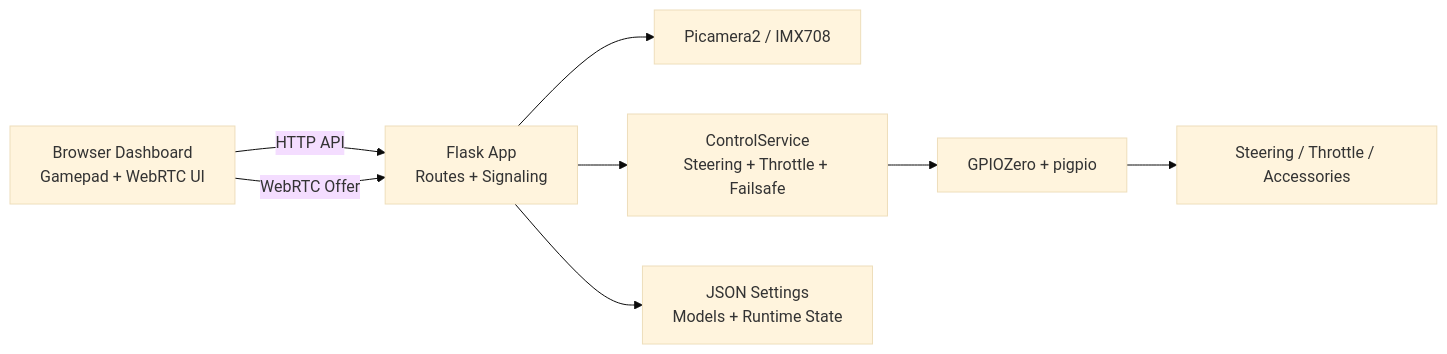
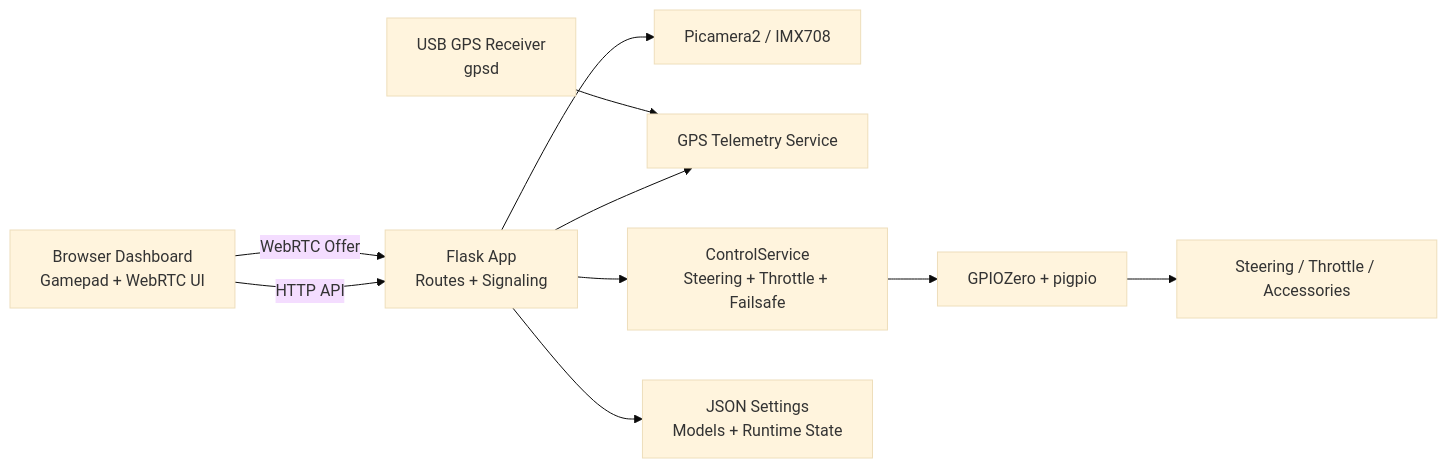
Before and after one commit to Echo13091/fpv-ultimate: the first of 2 diagrams in README.md, drawn with Mermaid (base theme). The commit also changed other lines of this file, not shown here.

Commit message:
Sync README with GPS recovery architecture

````diff
--- a/README.md
+++ b/README.md
@@ -61,18 +61,22 @@
 ```mermaid
 flowchart LR
     Browser[Browser Dashboard<br/>Gamepad + WebRTC UI]
     Flask[Flask App<br/>Routes + Signaling]
     Camera[Picamera2 / IMX708]
+    GPS[USB GPS Receiver<br/>gpsd]
+    GPSSvc[GPS Telemetry Service]
     Control[ControlService<br/>Steering + Throttle + Failsafe]
     GPIO[GPIOZero + pigpio]
     Servos[Steering / Throttle / Accessories]
     Storage[JSON Settings<br/>Models + Runtime State]
 
     Browser -->|HTTP API| Flask
     Browser -->|WebRTC Offer| Flask
     Flask --> Camera
+    Flask --> GPSSvc
+    GPS --> GPSSvc
     Flask --> Control
     Flask --> Storage
     Control --> GPIO
     GPIO --> Servos
 ```
````
